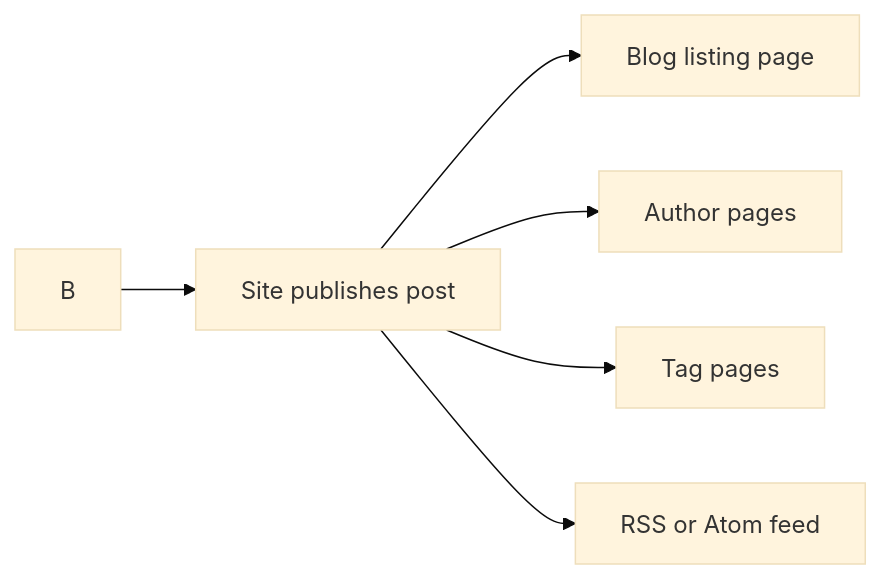
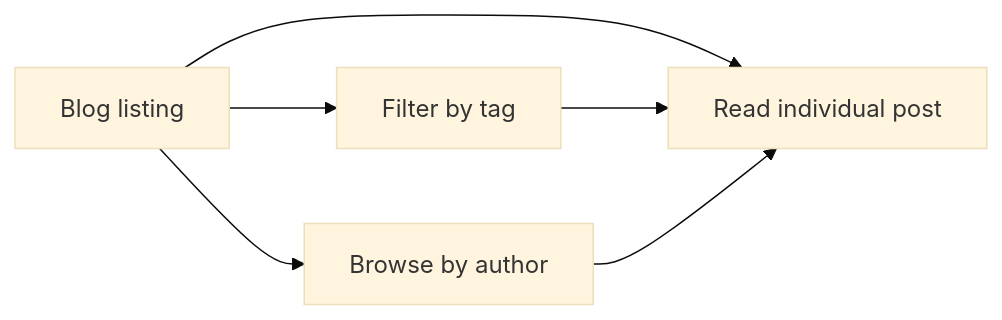
The second of 2 diagrams in api2-documentation/plan_2026-11-02_f8890e/user-facing-docs/blog.md (Mohita111/API2), drawn with Mermaid (base theme) before and after one commit. The commit also changed other lines of this file and 13 other files, not shown here.

````diff
--- a/api2-documentation/plan_2026-11-02_f8890e/user-facing-docs/blog.md
+++ b/api2-documentation/plan_2026-11-02_f8890e/user-facing-docs/blog.md
@@ -34,8 +57,8 @@
 ```mermaid
 graph LR
-    B --> C[Site publishes post]
-    C --> D[Blog listing page]
-    C --> E[Author pages]
-    C --> F[Tag pages]
-    C --> G[RSS or Atom feed]
+    Listing[Blog listing] --> Post[Read individual post]
+    Listing --> Tags[Filter by tag]
+    Listing --> Authors[Browse by author]
+    Tags --> Post
+    Authors --> Post
 ```
````
